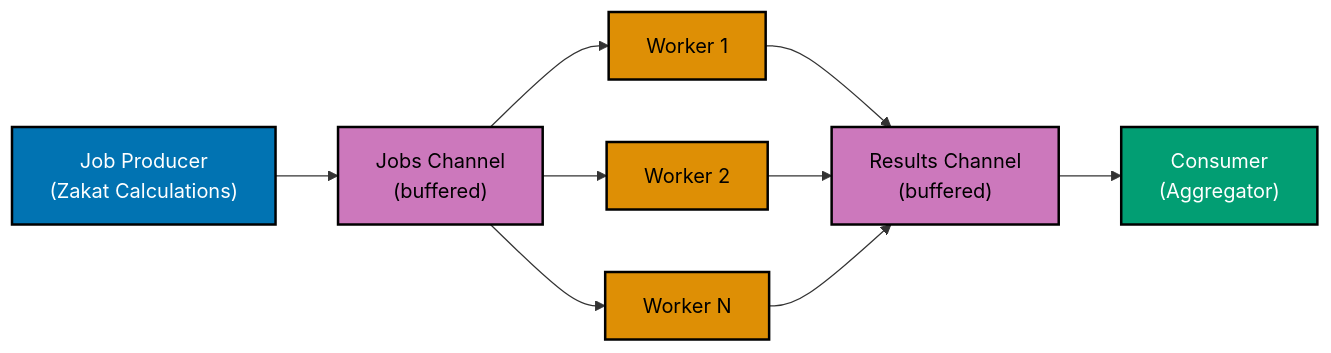
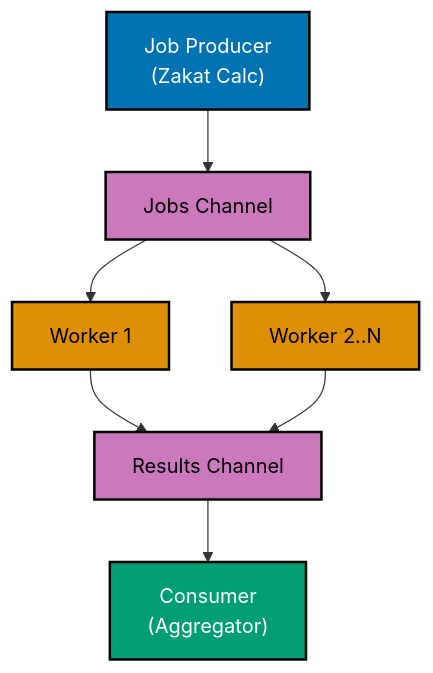
One commit to wahidyankf/open-sharia-enterprise changed the eighth of 10 diagrams in docs/explanation/software-engineering/programming-languages/golang/concurrency-standards.md. Above: the diagram before and after it, drawn with Mermaid. The commit also changed other lines of this file and 11 other files, not shown here.

First line of the commit message:
fix(docs): fix mermaid violations in golang docs

````diff
--- a/docs/explanation/software-engineering/programming-languages/golang/concurrency-standards.md
+++ b/docs/explanation/software-engineering/programming-languages/golang/concurrency-standards.md
@@ -1545,19 +1532,17 @@
 ```mermaid
 %% Color Palette: Blue #0173B2, Orange #DE8F05, Teal #029E73, Purple #CC78BC
 %% All colors are color-blind friendly and meet WCAG AA contrast standards
 
-graph LR
-    A["Job Producer<br/>#40;Zakat Calculations#41;"]:::blue --> B["Jobs Channel<br/>#40;buffered#41;"]:::purple
+graph TD
+    A["Job Producer<br/>#40;Zakat Calc#41;"]:::blue --> B["Jobs Channel"]:::purple
     B --> C["Worker 1"]:::orange
-    B --> D["Worker 2"]:::orange
-    B --> E["Worker N"]:::orange
-    C --> F["Results Channel<br/>#40;buffered#41;"]:::purple
+    B --> D["Worker 2..N"]:::orange
+    C --> F["Results Channel"]:::purple
     D --> F
-    E --> F
     F --> G["Consumer<br/>#40;Aggregator#41;"]:::teal
 
     classDef blue fill:#0173B2,stroke:#000000,color:#FFFFFF,stroke-width:2px
     classDef orange fill:#DE8F05,stroke:#000000,color:#000000,stroke-width:2px
     classDef teal fill:#029E73,stroke:#000000,color:#FFFFFF,stroke-width:2px
     classDef purple fill:#CC78BC,stroke:#000000,color:#000000,stroke-width:2px
 ```
````
